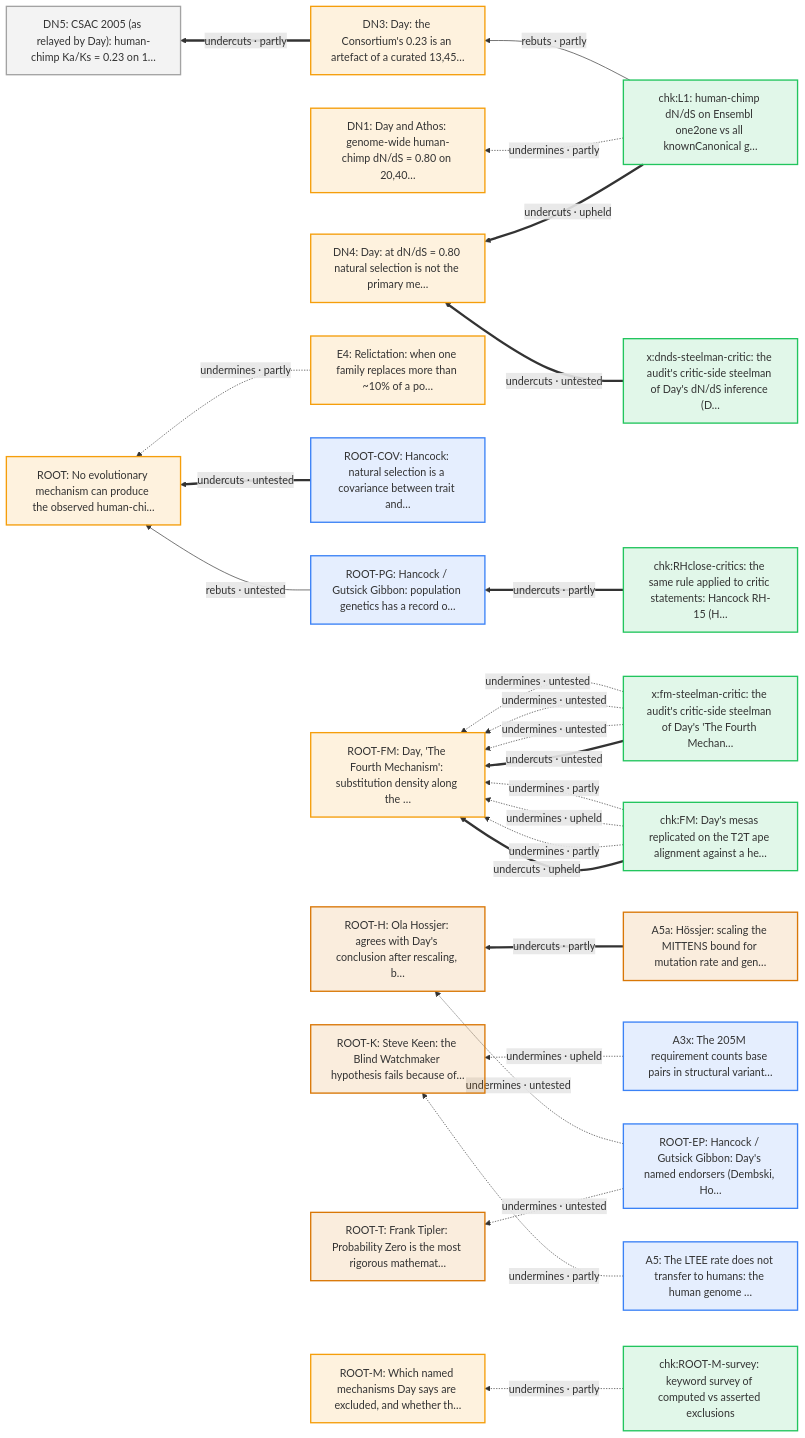
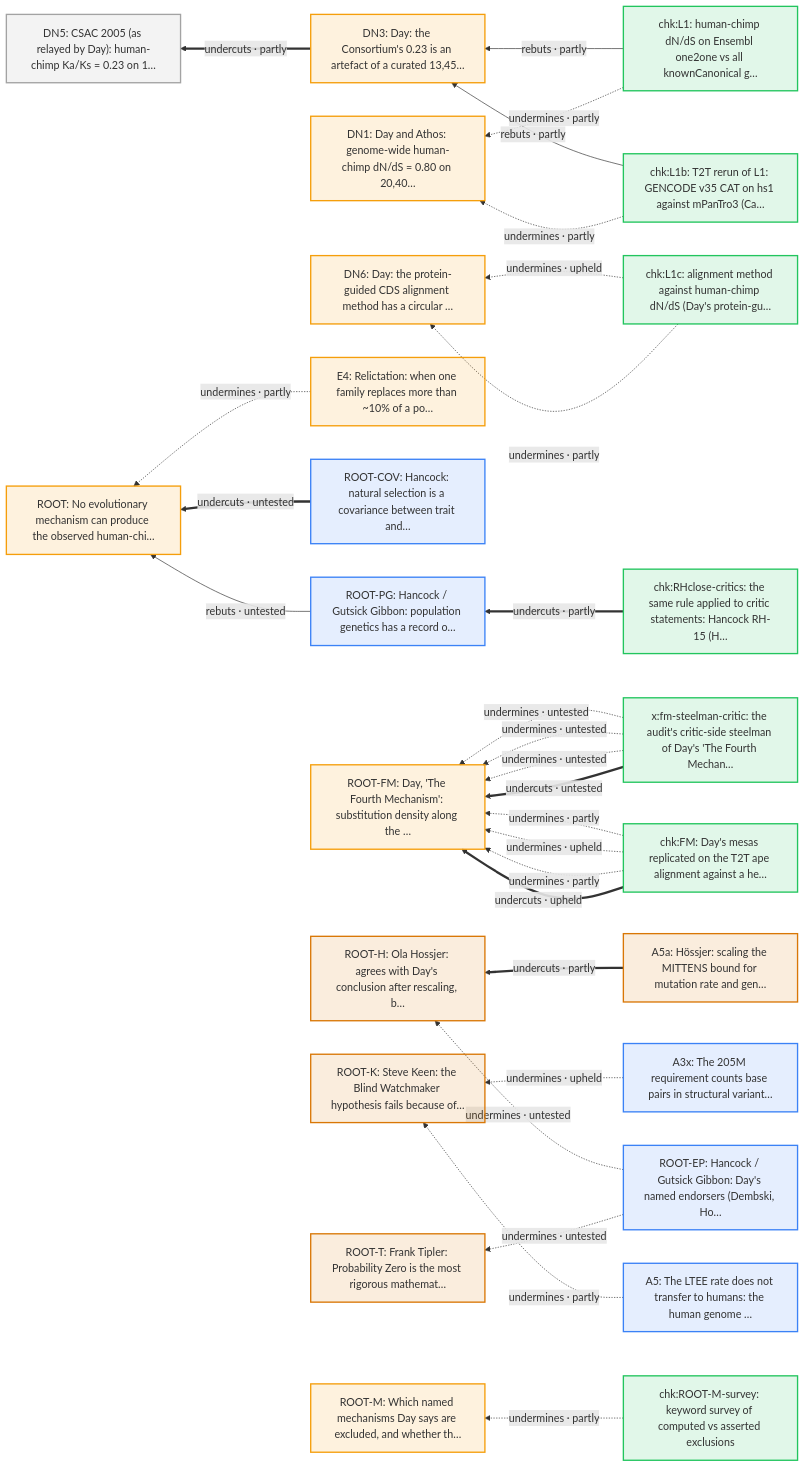
Before and after one commit to nickallevato/evo-sim: diagram 17 of 23 in docs/arguments/defeaters.md, drawn with Mermaid. The commit also changed other lines of this file and 20 other files, not shown here.

````diff
--- a/docs/arguments/defeaters.md
+++ b/docs/arguments/defeaters.md
@@ -889,54 +889,57 @@
 ```mermaid
 flowchart RL
   classDef day fill:#f59e0b22,stroke:#f59e0b,stroke-width:2px
   classDef ally fill:#d9770622,stroke:#d97706,stroke-width:2px
   classDef critic fill:#3b82f622,stroke:#3b82f6,stroke-width:2px
   classDef literature fill:#a3a3a322,stroke:#a3a3a3,stroke-width:2px
   classDef audit fill:#22c55e22,stroke:#22c55e,stroke-width:2px
   A3x["A3x: The 205M requirement counts base pairs in structural variant…"]:::critic
   A5["A5: The LTEE rate does not transfer to humans: the human genome …"]:::critic
   A5a["A5a: Hössjer: scaling the MITTENS bound for mutation rate and gen…"]:::ally
   DN1["DN1: Day and Athos: genome-wide human-chimp dN/dS = 0.80 on 20,40…"]:::day
   DN3["DN3: Day: the Consortium's 0.23 is an artefact of a curated 13,45…"]:::day
-  DN4["DN4: Day: at dN/dS = 0.80 natural selection is not the primary me…"]:::day
   DN5["DN5: CSAC 2005 (as relayed by Day): human-chimp Ka/Ks = 0.23 on 1…"]:::literature
+  DN6["DN6: Day: the protein-guided CDS alignment method has a circular …"]:::day
   E4["E4: Relictation: when one family replaces more than ~10% of a po…"]:::day
   ROOT["ROOT: No evolutionary mechanism can produce the observed human-chi…"]:::day
   ROOT_COV["ROOT-COV: Hancock: natural selection is a covariance between trait and…"]:::critic
   ROOT_EP["ROOT-EP: Hancock / Gutsick Gibbon: Day's named endorsers (Dembski, Ho…"]:::critic
   ROOT_FM["ROOT-FM: Day, 'The Fourth Mechanism': substitution density along the …"]:::day
   ROOT_H["ROOT-H: Ola Hossjer: agrees with Day's conclusion after rescaling, b…"]:::ally
   ROOT_K["ROOT-K: Steve Keen: the Blind Watchmaker hypothesis fails because of…"]:::ally
   ROOT_M["ROOT-M: Which named mechanisms Day says are excluded, and whether th…"]:::day
   ROOT_PG["ROOT-PG: Hancock / Gutsick Gibbon: population genetics has a record o…"]:::critic
   ROOT_T["ROOT-T: Frank Tipler: Probability Zero is the most rigorous mathemat…"]:::ally
   chk_FM["chk:FM: Day's mesas replicated on the T2T ape alignment against a he…"]:::audit
   chk_L1["chk:L1: human-chimp dN/dS on Ensembl one2one vs all knownCanonical g…"]:::audit
+  chk_L1b["chk:L1b: T2T rerun of L1: GENCODE v35 CAT on hs1 against mPanTro3 (Ca…"]:::audit
+  chk_L1c["chk:L1c: alignment method against human-chimp dN/dS (Day's protein-gu…"]:::audit
   chk_RHclose_critics["chk:RHclose-critics: the same rule applied to critic statements: Hancock RH-15 (H…"]:::audit
   chk_ROOT_M_survey["chk:ROOT-M-survey: keyword survey of computed vs asserted exclusions"]:::audit
-  x_dnds_steelman_critic["x:dnds-steelman-critic: the audit's critic-side steelman of Day's dN/dS inference (D…"]:::audit
   x_fm_steelman_critic["x:fm-steelman-critic: the audit's critic-side steelman of Day's 'The Fourth Mechan…"]:::audit
   E4 -.->|"undermines · partly"| ROOT
   ROOT_PG -->|"rebuts · untested"| ROOT
   ROOT_COV ==>|"undercuts · untested"| ROOT
   chk_L1 -->|"rebuts · partly"| DN3
+  chk_L1b -->|"rebuts · partly"| DN3
   DN3 ==>|"undercuts · partly"| DN5
+  chk_L1c -.->|"undermines · upheld"| DN6
+  chk_L1c -.->|"undermines · partly"| DN6
   x_fm_steelman_critic -.->|"undermines · untested"| ROOT_FM
   x_fm_steelman_critic -.->|"undermines · untested"| ROOT_FM
   x_fm_steelman_critic -.->|"undermines · untested"| ROOT_FM
   x_fm_steelman_critic ==>|"undercuts · untested"| ROOT_FM
   chk_FM -.->|"undermines · partly"| ROOT_FM
   chk_FM -.->|"undermines · upheld"| ROOT_FM
   chk_FM -.->|"undermines · partly"| ROOT_FM
   chk_FM ==>|"undercuts · upheld"| ROOT_FM
   ROOT_EP -.->|"undermines · untested"| ROOT_H
   A5a ==>|"undercuts · partly"| ROOT_H
   A3x -.->|"undermines · upheld"| ROOT_K
   A5 -.->|"undermines · partly"| ROOT_K
   chk_ROOT_M_survey -.->|"undermines · partly"| ROOT_M
   chk_RHclose_critics ==>|"undercuts · partly"| ROOT_PG
   ROOT_EP -.->|"undermines · untested"| ROOT_T
   chk_L1 -.->|"undermines · partly"| DN1
-  x_dnds_steelman_critic ==>|"undercuts · untested"| DN4
-  chk_L1 ==>|"undercuts · upheld"| DN4
+  chk_L1b -.->|"undermines · partly"| DN1
 ```
````
